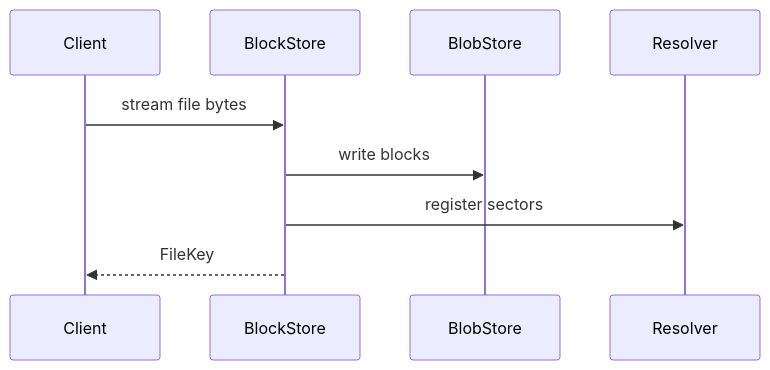
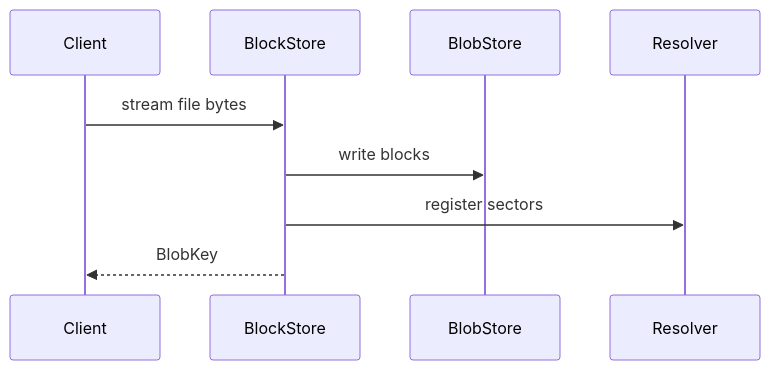
The second of 2 diagrams in README.md (AdrielC/graviton), drawn with Mermaid before and after one commit. The commit also changed other lines of this file and 12 other files, not shown here.

````diff
--- a/README.md
+++ b/README.md
@@ -25,12 +25,12 @@
 ```mermaid
 sequenceDiagram
     participant C as Client
     participant BS as BlockStore
     participant BL as BlobStore
     participant RS as Resolver
 
     C->>BS: stream file bytes
     BS->>BL: write blocks
     BS->>RS: register sectors
-    BS-->>C: FileKey
+    BS-->>C: BlobKey
 ```
````
